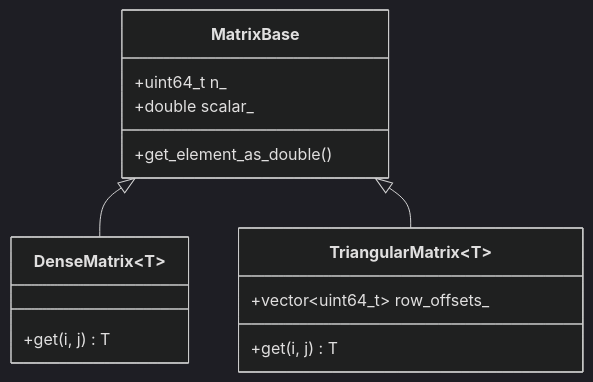
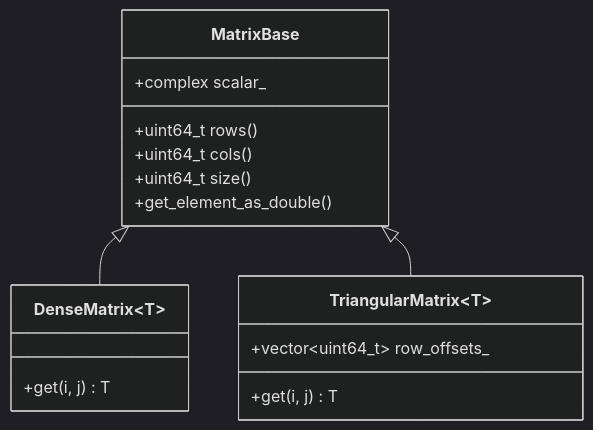
Before and after one commit to BrorH/pycauset: the diagram in documentation/guides/Matrix Guide.md, drawn with Mermaid (dark theme). The commit also changed other lines of this file and 160 other files, not shown here.

````diff
--- a/documentation/guides/Matrix Guide.md
+++ b/documentation/guides/Matrix Guide.md
@@ -232,18 +206,20 @@
 ```mermaid
 classDiagram
     class MatrixBase {
-        +uint64_t n_
-        +double scalar_
+        +uint64_t rows()
+        +uint64_t cols()
+        +uint64_t size()
+        +complex scalar_
         +get_element_as_double()
     }
     class DenseMatrix~T~ {
         +get(i, j) T
     }
     class TriangularMatrix~T~ {
         +vector~uint64_t~ row_offsets_
         +get(i, j) T
     }
     
     MatrixBase <|-- DenseMatrix
     MatrixBase <|-- TriangularMatrix
 ```
````
